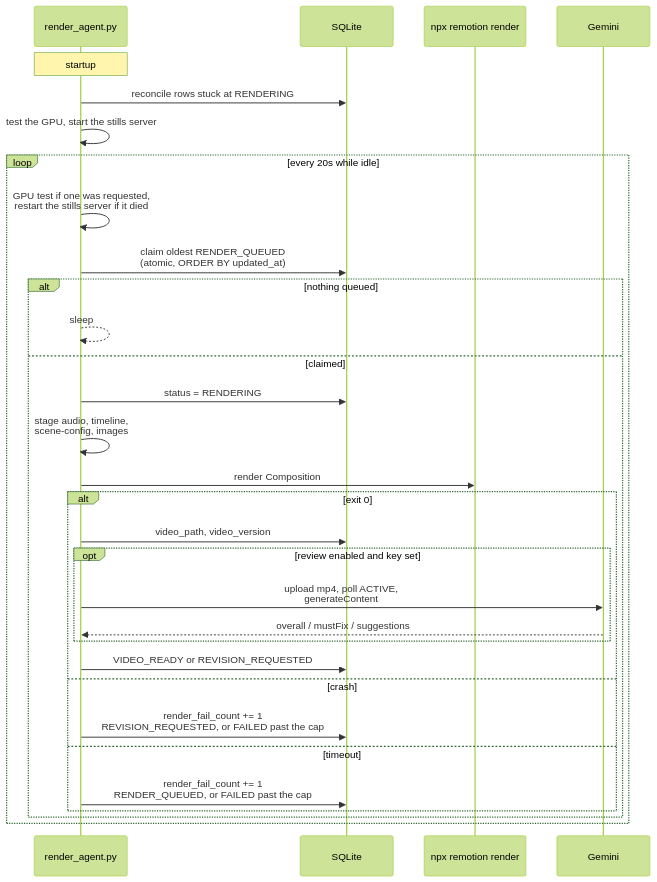
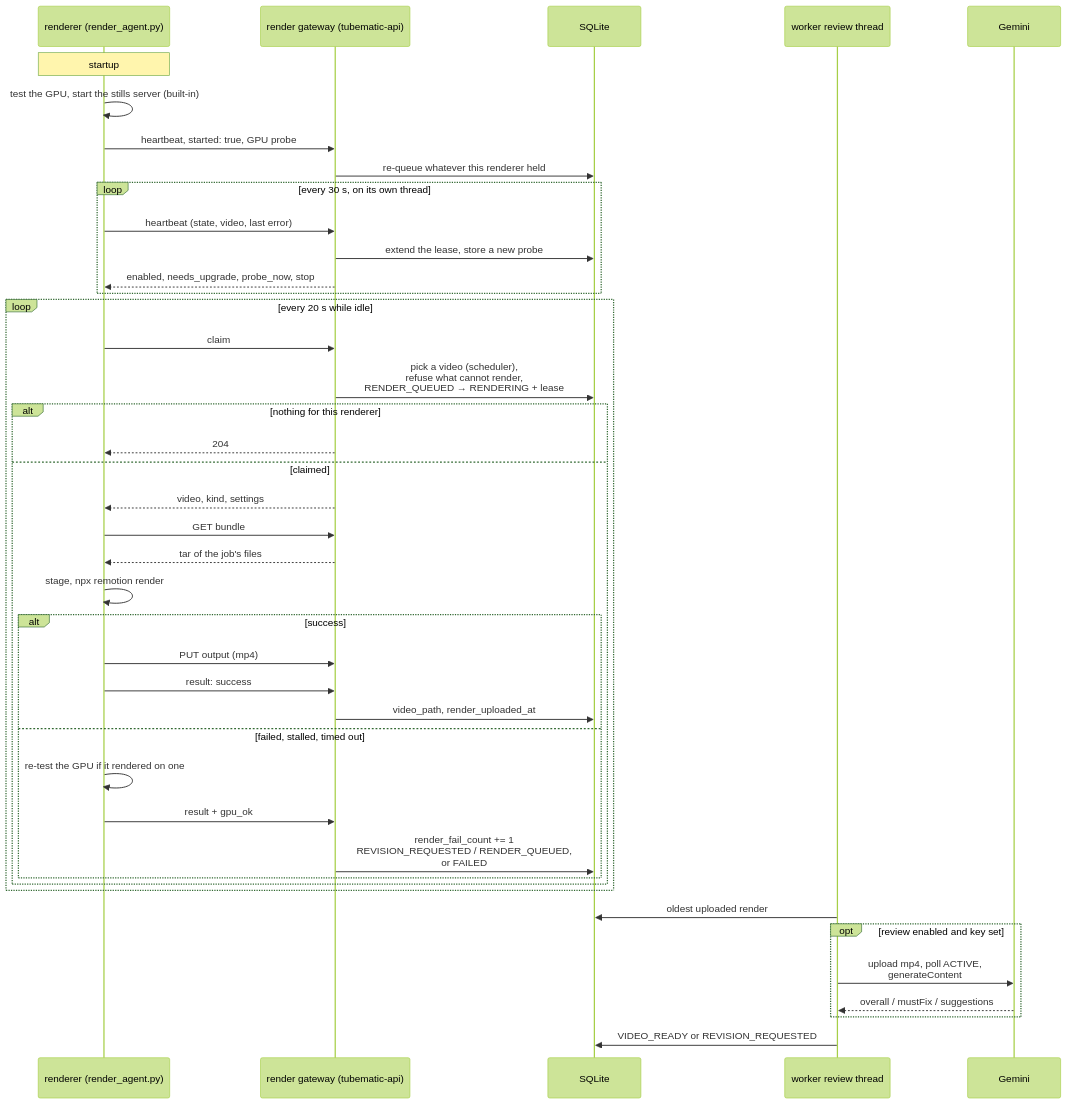
Before and after one commit to teja156/tubematic: the diagram in docs/developer/11-rendering-and-review.md, drawn with Mermaid (forest theme). The commit also changed other lines of this file and 25 other files, not shown here.

````diff
--- a/docs/developer/11-rendering-and-review.md
+++ b/docs/developer/11-rendering-and-review.md
@@ -15,34 +25,45 @@
 ```mermaid
 sequenceDiagram
-    participant W as render_agent.py
+    participant R as renderer (render_agent.py)
+    participant GW as render gateway (tubematic-api)
     participant DB as SQLite
-    participant R as npx remotion render
+    participant W as worker review thread
     participant G as Gemini
 
-    Note over W: startup
-    W->>DB: reconcile rows stuck at RENDERING
-    W->>W: test the GPU, start the stills server
-    loop every 20s while idle
-        W->>W: GPU test if one was requested,<br/>restart the stills server if it died
-        W->>DB: claim oldest RENDER_QUEUED<br/>(atomic, ORDER BY updated_at)
-        alt nothing queued
-            W-->>W: sleep
+    Note over R: startup
+    R->>R: test the GPU, start the stills server (built-in)
+    R->>GW: heartbeat, started: true, GPU probe
+    GW->>DB: re-queue whatever this renderer held
+    loop every 30 s, on its own thread
+        R->>GW: heartbeat (state, video, last error)
+        GW->>DB: extend the lease, store a new probe
+        GW-->>R: enabled, needs_upgrade, probe_now, stop
+    end
+    loop every 20 s while idle
+        R->>GW: claim
+        GW->>DB: pick a video (scheduler),<br/>refuse what cannot render,<br/>RENDER_QUEUED → RENDERING + lease
+        alt nothing for this renderer
+            GW-->>R: 204
         else claimed
-            W->>DB: status = RENDERING
-            W->>W: stage audio, timeline,<br/>scene-config, images
-            W->>R: render Composition
-            alt exit 0
-                W->>DB: video_path, video_version
-                opt review enabled and key set
-                    W->>G: upload mp4, poll ACTIVE,<br/>generateContent
-                    G-->>W: overall / mustFix / suggestions
-                end
-                W->>DB: VIDEO_READY or REVISION_REQUESTED
-            else crash
-                W->>DB: render_fail_count += 1<br/>REVISION_REQUESTED, or FAILED past the cap
-            else timeout
-                W->>DB: render_fail_count += 1<br/>RENDER_QUEUED, or FAILED past the cap
+            GW-->>R: video, kind, settings
+            R->>GW: GET bundle
+            GW-->>R: tar of the job's files
+            R->>R: stage, npx remotion render
+            alt success
+                R->>GW: PUT output (mp4)
+                R->>GW: result: success
+                GW->>DB: video_path, render_uploaded_at
+            else failed, stalled, timed out
+                R->>R: re-test the GPU if it rendered on one
+                R->>GW: result + gpu_ok
+                GW->>DB: render_fail_count += 1<br/>REVISION_REQUESTED / RENDER_QUEUED,<br/>or FAILED
             end
         end
     end
+    W->>DB: oldest uploaded render
+    opt review enabled and key set
+        W->>G: upload mp4, poll ACTIVE,<br/>generateContent
+        G-->>W: overall / mustFix / suggestions
+    end
+    W->>DB: VIDEO_READY or REVISION_REQUESTED
 ```
````
